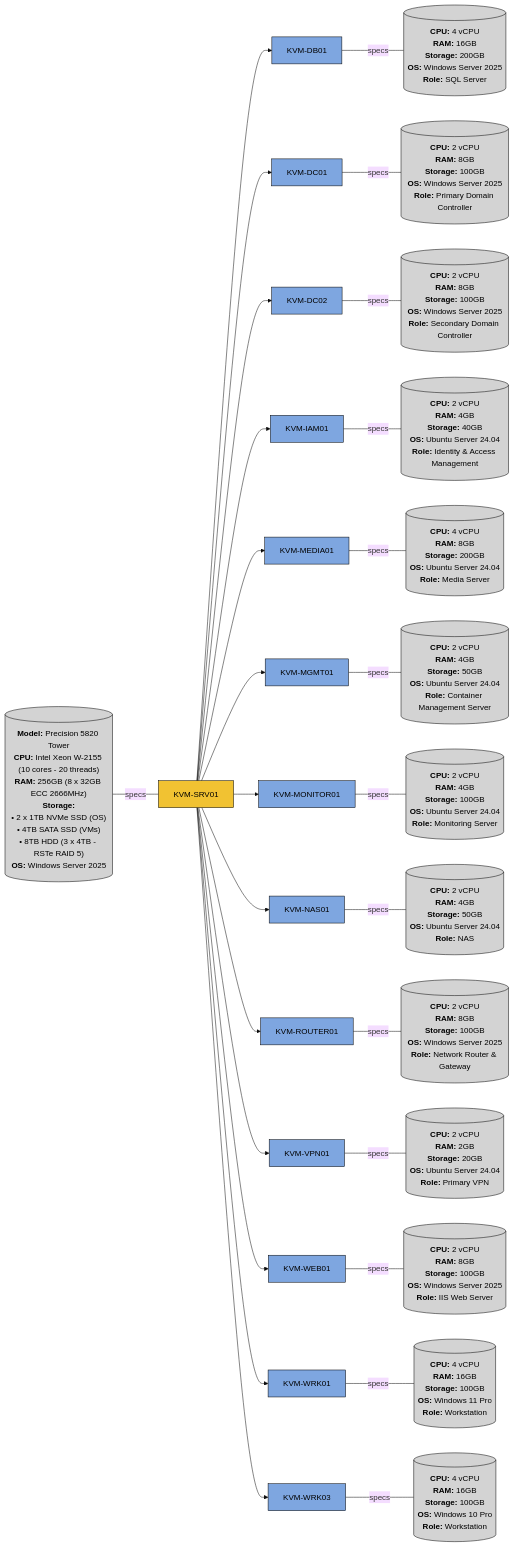
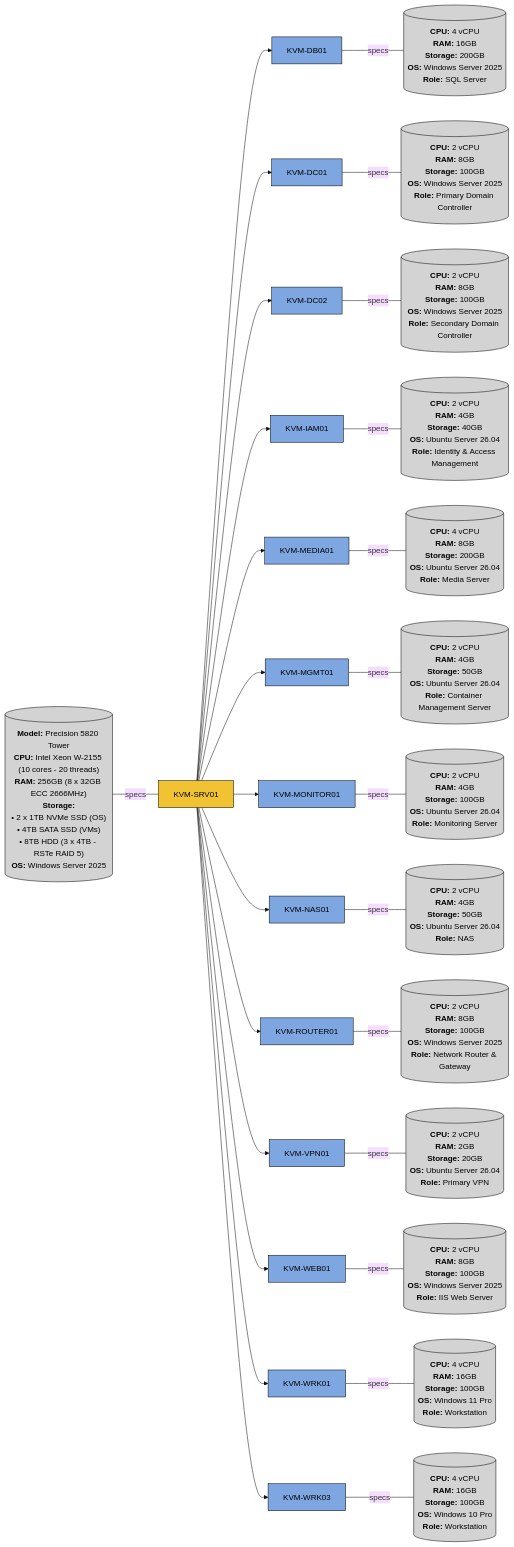
Before and after one commit to khangvum-com/ansible-config: the diagram in README.md, drawn with Mermaid (base theme).

Commit message:
feat: bumped Ubuntu VMs to version 26.04

```diff
--- a/README.md
+++ b/README.md
@@ -47,27 +47,27 @@
   SRV01 --> IAM01[KVM-IAM01] -- specs --- IAM01_SPECS[("`**CPU:** 2 vCPU
                                                         **RAM:** 4GB
                                                         **Storage:** 40GB
-                                                        **OS:** Ubuntu Server 24.04
+                                                        **OS:** Ubuntu Server 26.04
                                                         **Role:** Identity & Access Management`")]
   SRV01 --> MEDIA01[KVM-MEDIA01] -- specs --- MEDIA01_SPECS[("`**CPU:** 4 vCPU
                                                             **RAM:** 8GB
                                                             **Storage:** 200GB
-                                                            **OS:** Ubuntu Server 24.04
+                                                            **OS:** Ubuntu Server 26.04
                                                             **Role:** Media Server`")]
   SRV01 --> MGMT01[KVM-MGMT01] -- specs --- MGMT01_SPECS[("`**CPU:** 2 vCPU
                                                             **RAM:** 4GB
                                                             **Storage:** 50GB
-                                                            **OS:** Ubuntu Server 24.04
+                                                            **OS:** Ubuntu Server 26.04
                                                             **Role:** Container Management Server`")]
   SRV01 --> MONITOR01[KVM-MONITOR01] -- specs --- MONITOR01_SPECS[("`**CPU:** 2 vCPU
                                                                     **RAM:** 4GB
                                                                     **Storage:** 100GB
-                                                                    **OS:** Ubuntu Server 24.04
+                                                                    **OS:** Ubuntu Server 26.04
                                                                     **Role:** Monitoring Server`")]
   SRV01 --> NAS01[KVM-NAS01] -- specs --- NAS01_SPECS[("`**CPU:** 2 vCPU
                                                         **RAM:** 4GB
                                                         **Storage:** 50GB
-                                                        **OS:** Ubuntu Server 24.04
+                                                        **OS:** Ubuntu Server 26.04
                                                         **Role:** NAS`")]
   SRV01 --> ROUTER01[KVM-ROUTER01] -- specs --- ROUTER01_SPECS[("`**CPU:** 2 vCPU
                                                                   **RAM:** 8GB
@@ -77,7 +77,7 @@
   SRV01 --> VPN01[KVM-VPN01] -- specs --- VPN01_SPECS[("`**CPU:** 2 vCPU
                                                         **RAM:** 2GB
                                                         **Storage:** 20GB
-                                                        **OS:** Ubuntu Server 24.04
+                                                        **OS:** Ubuntu Server 26.04
                                                         **Role:** Primary VPN`")]
   SRV01 --> WEB01[KVM-WEB01] -- specs --- WEB01_SPECS[("`**CPU:** 2 vCPU
                                                         **RAM:** 8GB
```
